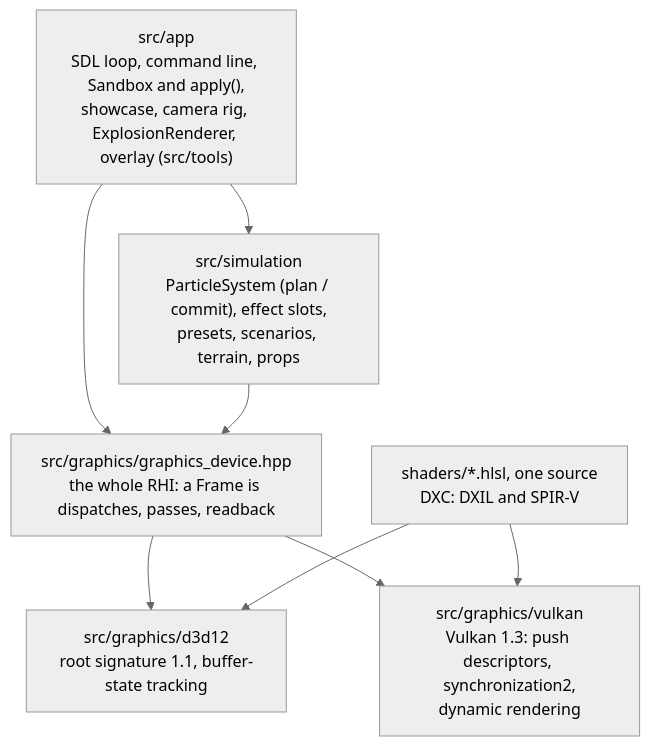
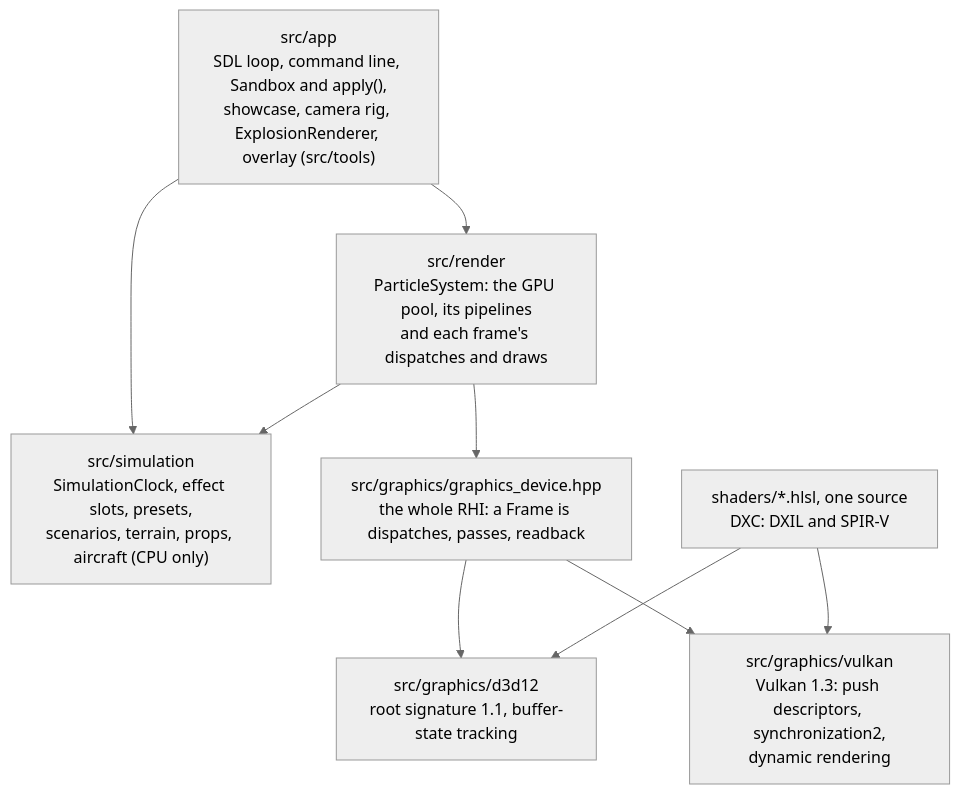
Before and after one commit to BeHaVeZ/Pyroclast: the first of 2 diagrams in README.md, drawn with Mermaid (neutral theme). The commit also changed other lines of this file, not shown here.

Commit message:
README: the render layer, CPU-only simulation and the frame step

````diff
--- a/README.md
+++ b/README.md
@@ -159,16 +159,18 @@
 ```mermaid
 flowchart TD
     app["src/app<br/>SDL loop, command line, Sandbox and apply(),<br/>showcase, camera rig, ExplosionRenderer, overlay (src/tools)"]
-    sim["src/simulation<br/>ParticleSystem (plan / commit), effect slots,<br/>presets, scenarios, terrain, props"]
+    render["src/render<br/>ParticleSystem: the GPU pool, its pipelines<br/>and each frame's dispatches and draws"]
+    sim["src/simulation<br/>SimulationClock, effect slots, presets,<br/>scenarios, terrain, props, aircraft (CPU only)"]
     rhi["src/graphics/graphics_device.hpp<br/>the whole RHI: a Frame is dispatches, passes, readback"]
     d3d["src/graphics/d3d12<br/>root signature 1.1, buffer-state tracking"]
     vk["src/graphics/vulkan<br/>Vulkan 1.3: push descriptors, synchronization2,<br/>dynamic rendering"]
     hlsl["shaders/*.hlsl, one source<br/>DXC: DXIL and SPIR-V"]
+    app --> render
     app --> sim
-    app --> rhi
-    sim --> rhi
+    render --> sim
+    render --> rhi
     rhi --> d3d
     rhi --> vk
     hlsl --> d3d
     hlsl --> vk
 ```
````
